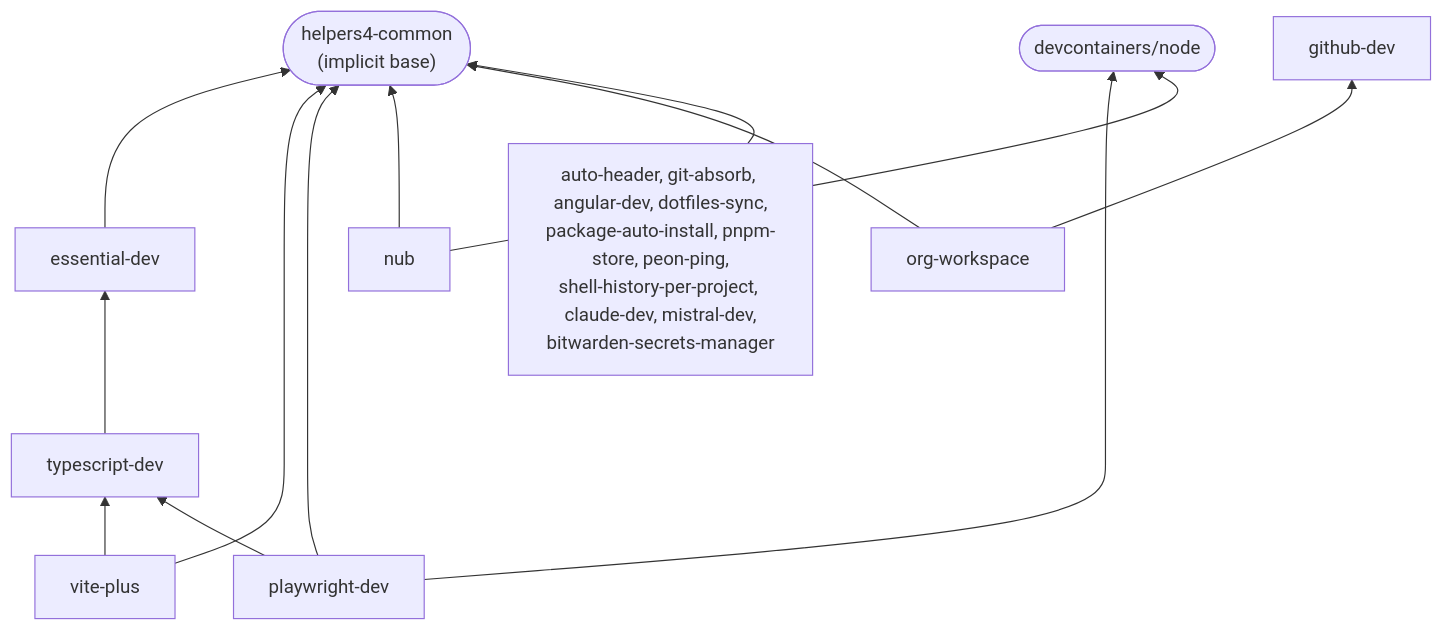
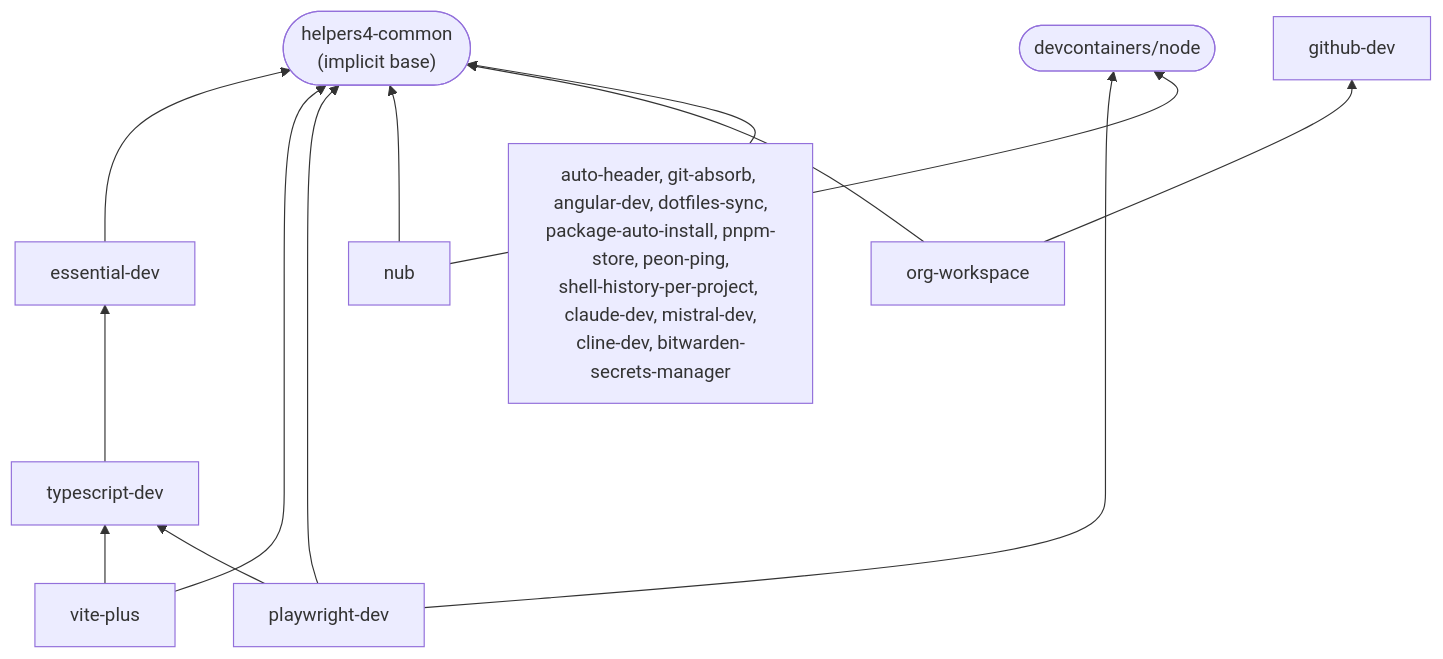
Before and after one commit to helpers4/devcontainer: the diagram in README.md, drawn with Mermaid. The commit also changed other lines of this file and 7 other files, not shown here.

First line of the commit message:
fix(cline-dev): 🐛 keep provider keys across rebuilds

````diff
--- a/README.md
+++ b/README.md
@@ -347,20 +347,20 @@
 ```mermaid
 flowchart BT
     common(["helpers4-common<br/>(implicit base)"])
     node(["devcontainers/node"])
     github["github-dev"]
 
     essential["essential-dev"] --> common
     typescript["typescript-dev"] --> essential
     vite["vite-plus"] --> typescript
     vite --> common
     playwright["playwright-dev"] --> typescript
     playwright --> node
     playwright --> common
     nub["nub"] --> node
     nub --> common
     org["org-workspace"] --> github
     org --> common
 
-    leaves["auto-header, git-absorb, angular-dev, dotfiles-sync,<br/>package-auto-install, pnpm-store, peon-ping,<br/>shell-history-per-project, claude-dev, mistral-dev,<br/>bitwarden-secrets-manager"] --> common
+    leaves["auto-header, git-absorb, angular-dev, dotfiles-sync,<br/>package-auto-install, pnpm-store, peon-ping,<br/>shell-history-per-project, claude-dev, mistral-dev,<br/>cline-dev, bitwarden-secrets-manager"] --> common
 ```
````
